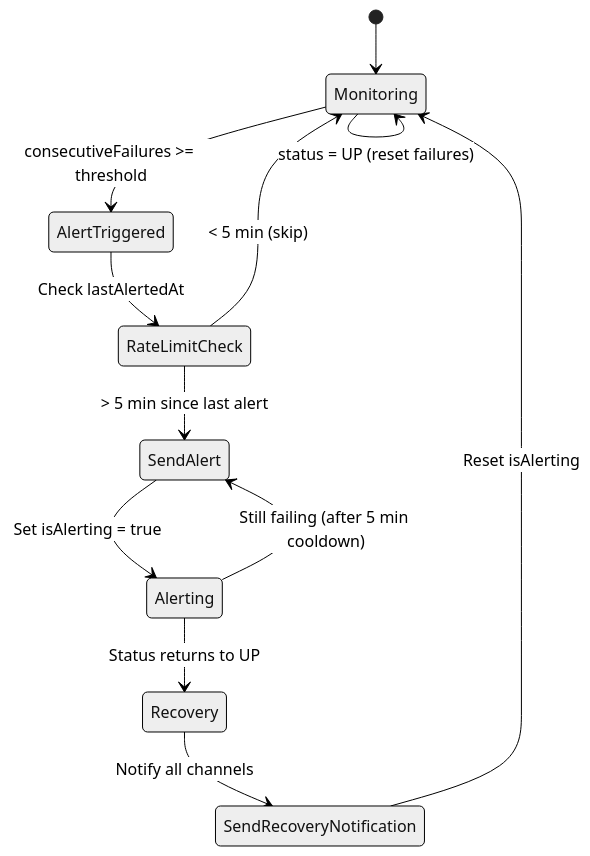
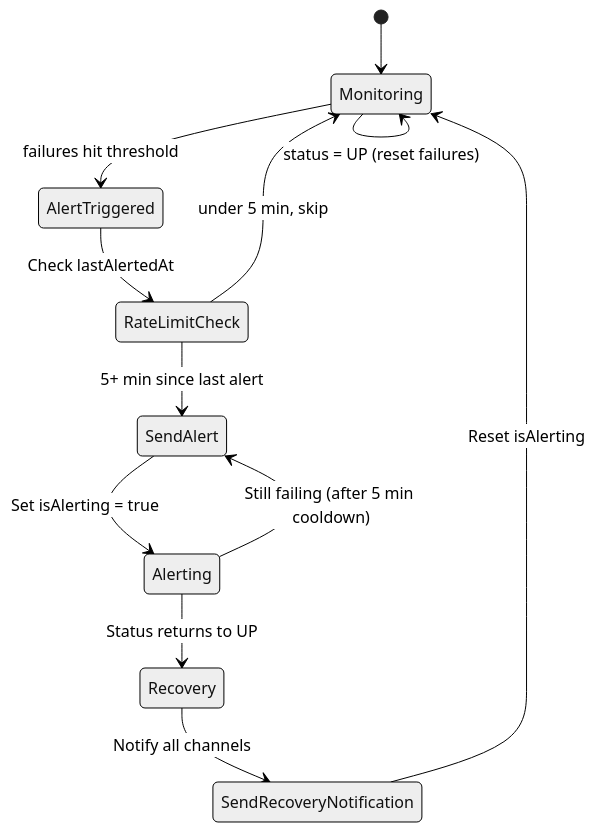
Before and after one commit to SeoulX/pulse: the sixth of 6 diagrams in README.md, drawn with Mermaid (neutral theme). The commit also changed other lines of this file, not shown here.

First line of the commit message:
fix: mermaid diagram syntax issues in README

````diff
--- a/README.md
+++ b/README.md
@@ -183,18 +184,18 @@
 ```mermaid
 stateDiagram-v2
     [*] --> Monitoring
 
-    Monitoring --> AlertTriggered: consecutiveFailures >= threshold
+    Monitoring --> AlertTriggered: failures hit threshold
     Monitoring --> Monitoring: status = UP (reset failures)
 
     AlertTriggered --> RateLimitCheck: Check lastAlertedAt
-    RateLimitCheck --> SendAlert: > 5 min since last alert
-    RateLimitCheck --> Monitoring: < 5 min (skip)
+    RateLimitCheck --> SendAlert: 5+ min since last alert
+    RateLimitCheck --> Monitoring: under 5 min, skip
 
     SendAlert --> Alerting: Set isAlerting = true
     Alerting --> Recovery: Status returns to UP
     Alerting --> SendAlert: Still failing (after 5 min cooldown)
 
     Recovery --> SendRecoveryNotification: Notify all channels
     SendRecoveryNotification --> Monitoring: Reset isAlerting
 ```
````
